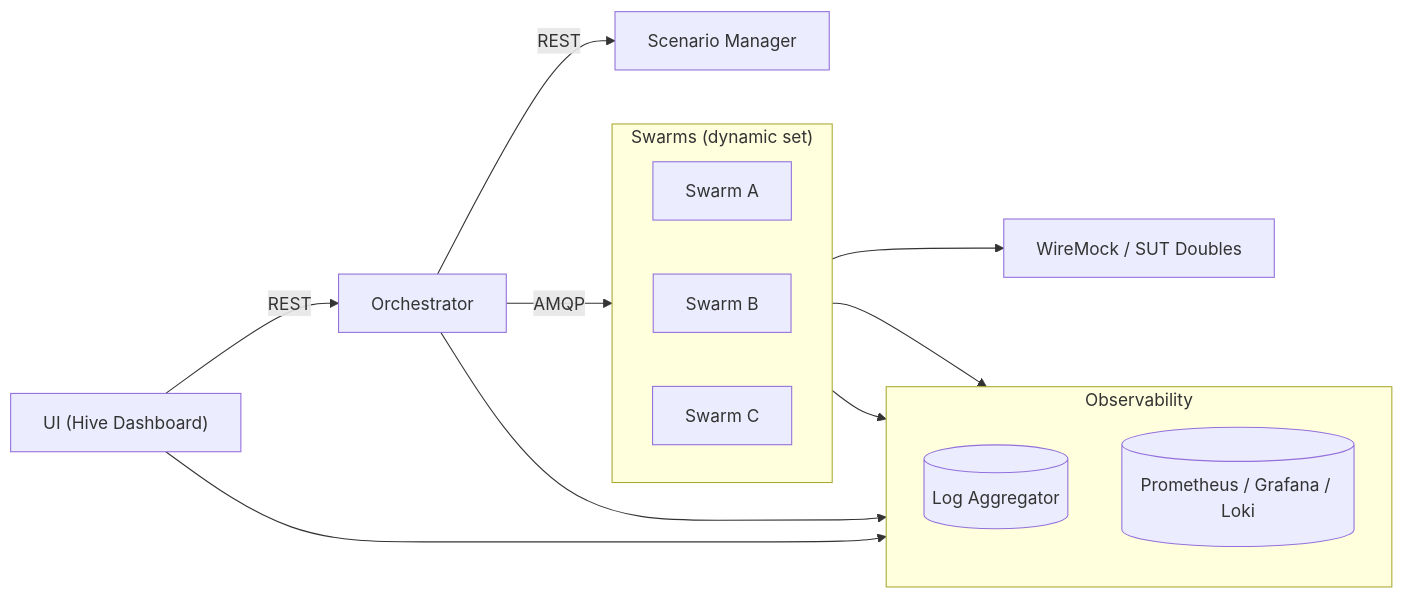
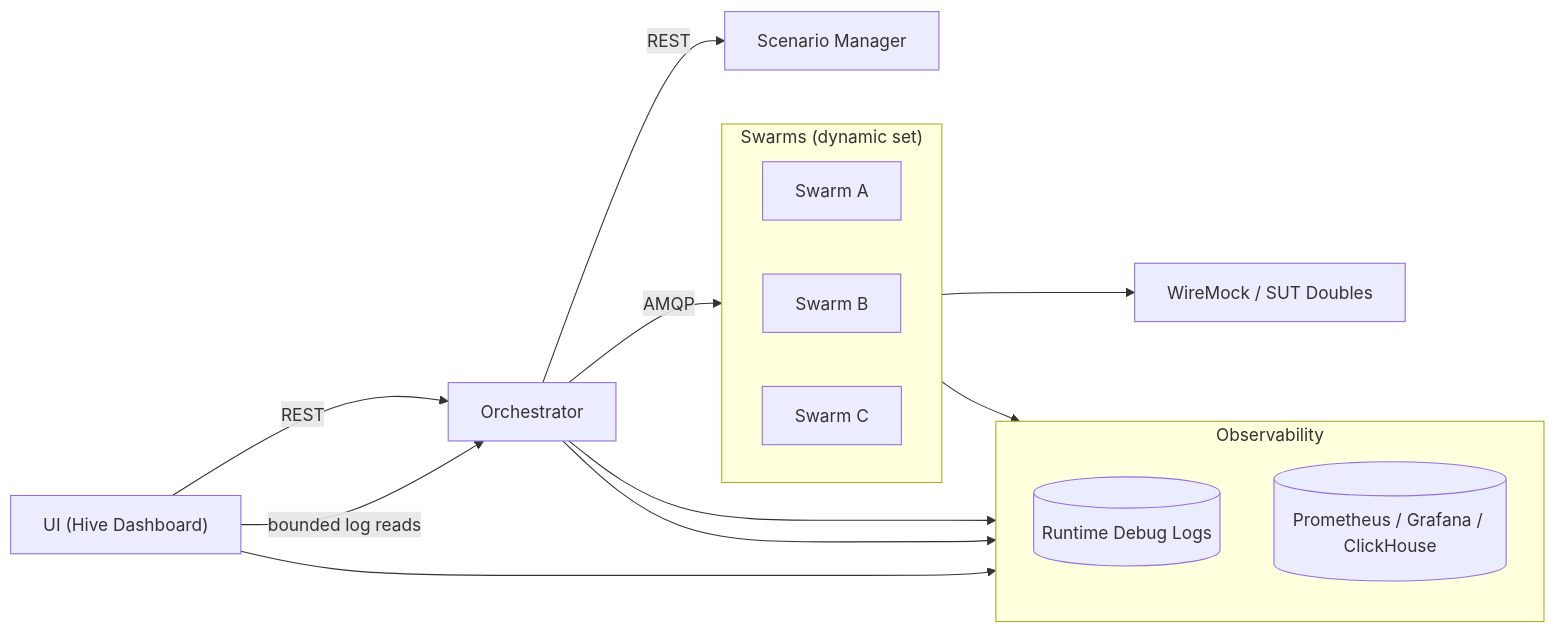
The third of 3 diagrams in README.md (sepa79/PocketHive), drawn with Mermaid before and after one commit. The commit also changed other lines of this file and 112 other files, not shown here.

Commit message:
chore(observability): remove Loki log aggregation stack

````diff
--- a/README.md
+++ b/README.md
@@ -138,33 +136,34 @@
 ```mermaid
 flowchart LR
   %% Left-to-right layout with UI on the far left
   UI["UI (Hive Dashboard)"]
   ORCH[Orchestrator]
   SCEN[Scenario Manager]
   WM[WireMock / SUT Doubles]
 
   subgraph SWARMS["Swarms (dynamic set)"]
     direction LR
     SA[Swarm A]
     SB[Swarm B]
     SC[Swarm C]
   end
 
   %% Observability cluster to the far right
   subgraph OBSV["Observability"]
     direction TB
-    LOG[(Log Aggregator)]
-    OBS[(Prometheus / Grafana / Loki)]
+    LOGS[(Runtime Debug Logs)]
+    OBS[(Prometheus / Grafana / ClickHouse)]
   end
 
   %% Core flow
   UI -- REST --> ORCH -- AMQP --> SWARMS
   ORCH -- REST --> SCEN
   SWARMS --> WM
 
   %% Telemetry
-  SWARMS --> LOG
+  UI -- bounded log reads --> ORCH
+  ORCH --> LOGS
   SWARMS --> OBS
   ORCH --> OBS
   UI --> OBS
 ```
````
